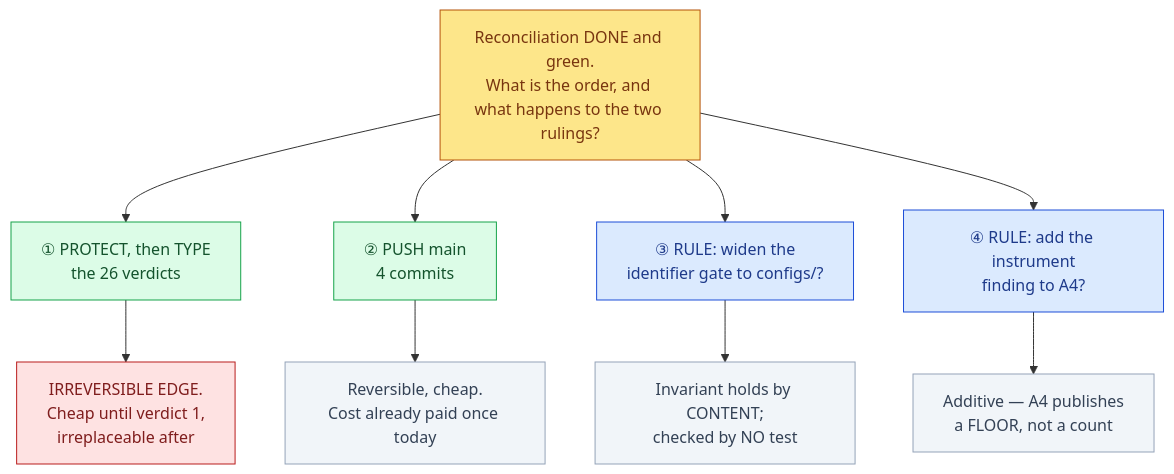
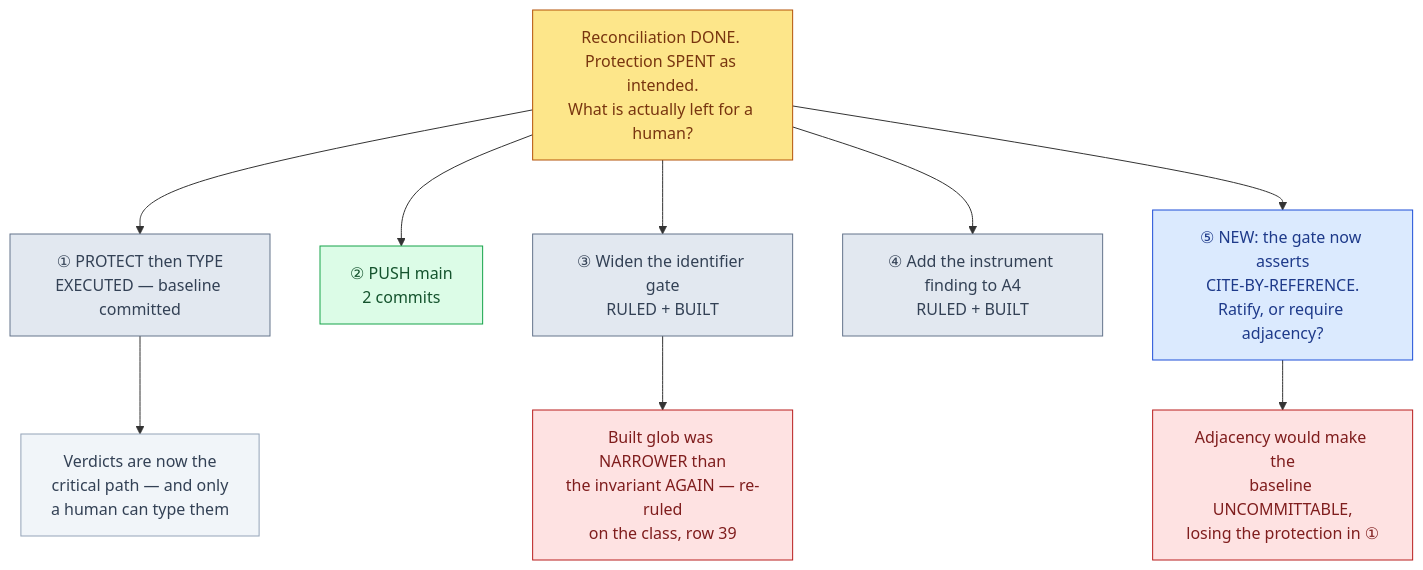
Before and after one commit to supmo668/bioFM: the diagram in docs/hacp/lung-on-chipsim/unblock-direction-2026-10-23.md, drawn with Mermaid. The commit also changed other lines of this file and 6 other files, not shown here.

First line of the commit message:
main/cto: coord(lung-on-chipsim): HACP housekeeping — the '13 drifted pages' were 13 FALSE POSITIVES (0 real drift, blob-verified), the 3 dangling links wanted a FILE not an edit, and the advertised CI guard would have landed RED

````diff
--- a/docs/hacp/lung-on-chipsim/unblock-direction-2026-10-23.md
+++ b/docs/hacp/lung-on-chipsim/unblock-direction-2026-10-23.md
@@ -20,17 +24,18 @@
 ```mermaid
 flowchart TD
-  Q["Reconciliation DONE and green.<br/>What is the order, and what happens to the two rulings?"]:::q
-  Q --> W["① PROTECT, then TYPE<br/>the 26 verdicts"]:::rec
-  Q --> P["② PUSH main<br/>4 commits"]:::rec
-  Q --> C["③ RULE: widen the<br/>identifier gate to configs/?"]:::dec
-  Q --> A["④ RULE: add the instrument<br/>finding to A4?"]:::dec
-  W --> W1["IRREVERSIBLE EDGE.<br/>Cheap until verdict 1,<br/>irreplaceable after"]:::bad
-  P --> P1["Reversible, cheap.<br/>Cost already paid once today"]:::out
-  C --> C1["Invariant holds by CONTENT;<br/>checked by NO test"]:::out
-  A --> A1["Additive — A4 publishes<br/>a FLOOR, not a count"]:::out
+  Q["Reconciliation DONE. Protection SPENT as intended.<br/>What is actually left for a human?"]:::q
+  Q --> W["① PROTECT then TYPE<br/>EXECUTED — baseline committed"]:::done
+  Q --> P["② PUSH main<br/>2 commits"]:::rec
+  Q --> C["③ Widen the identifier gate<br/>RULED + BUILT"]:::done
+  Q --> A["④ Add the instrument finding to A4<br/>RULED + BUILT"]:::done
+  Q --> N["⑤ NEW: the gate now asserts<br/>CITE-BY-REFERENCE.<br/>Ratify, or require adjacency?"]:::dec
+  W --> W1["Verdicts are now the<br/>critical path — and only<br/>a human can type them"]:::out
+  C --> C1["Built glob was NARROWER than<br/>the invariant AGAIN — re-ruled<br/>on the class, row 39"]:::bad
+  N --> N1["Adjacency would make the<br/>baseline UNCOMMITTABLE,<br/>losing the protection in ①"]:::bad
   classDef q fill:#fde68a,stroke:#b45309,color:#78350f
   classDef rec fill:#dcfce7,stroke:#16a34a,color:#14532d
+  classDef done fill:#e2e8f0,stroke:#64748b,color:#334155
   classDef dec fill:#dbeafe,stroke:#1d4ed8,color:#1e3a8a
   classDef bad fill:#fee2e2,stroke:#b91c1c,color:#7f1d1d
   classDef out fill:#f1f5f9,stroke:#94a3b8,color:#334155
 ```
````
